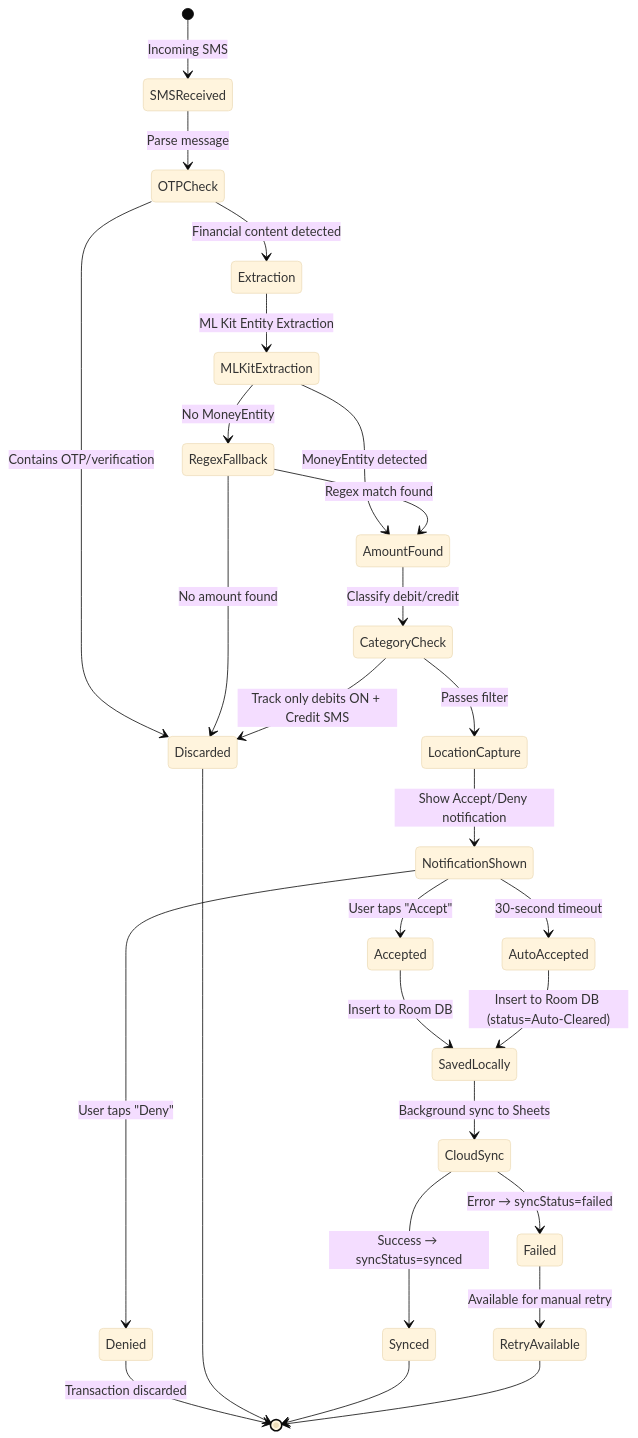
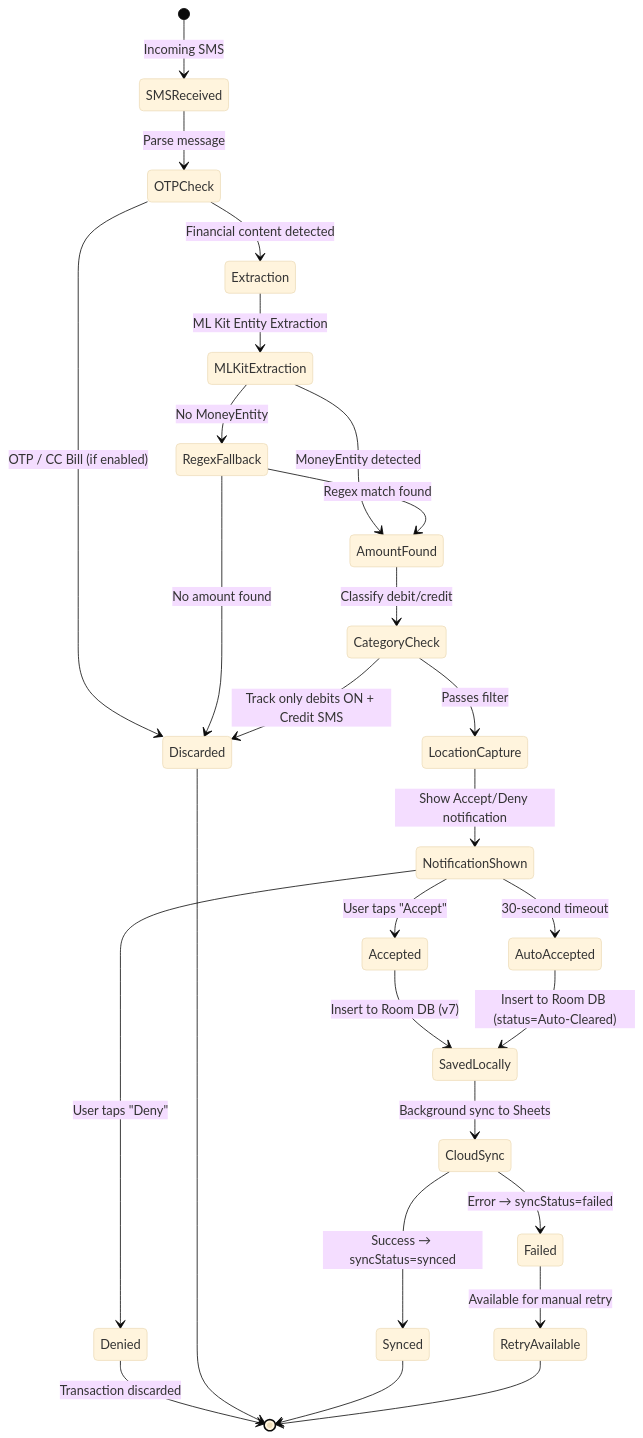
One commit to RahulGorai0206/expence-tracker changed the third of 4 diagrams in README.md. Above: the diagram before and after it, drawn with Mermaid (base theme). The commit also changed other lines of this file, not shown here.

````diff
--- a/README.md
+++ b/README.md
@@ -200,37 +200,37 @@
 ```mermaid
 stateDiagram-v2
     [*] --> SMSReceived: Incoming SMS
     SMSReceived --> OTPCheck: Parse message
 
-    OTPCheck --> Discarded: Contains OTP/verification
+    OTPCheck --> Discarded: OTP / CC Bill (if enabled)
     OTPCheck --> Extraction: Financial content detected
 
     Extraction --> MLKitExtraction: ML Kit Entity Extraction
     MLKitExtraction --> AmountFound: MoneyEntity detected
     MLKitExtraction --> RegexFallback: No MoneyEntity
     RegexFallback --> AmountFound: Regex match found
     RegexFallback --> Discarded: No amount found
 
     AmountFound --> CategoryCheck: Classify debit/credit
     CategoryCheck --> Discarded: Track only debits ON + Credit SMS
     CategoryCheck --> LocationCapture: Passes filter
 
     LocationCapture --> NotificationShown: Show Accept/Deny notification
 
     NotificationShown --> Accepted: User taps "Accept"
     NotificationShown --> Denied: User taps "Deny"
     NotificationShown --> AutoAccepted: 30-second timeout
 
-    Accepted --> SavedLocally: Insert to Room DB
+    Accepted --> SavedLocally: Insert to Room DB (v7)
     AutoAccepted --> SavedLocally: Insert to Room DB (status=Auto-Cleared)
 
     SavedLocally --> CloudSync: Background sync to Sheets
     CloudSync --> Synced: Success → syncStatus=synced
     CloudSync --> Failed: Error → syncStatus=failed
     Failed --> RetryAvailable: Available for manual retry
 
     Denied --> [*]: Transaction discarded
     Discarded --> [*]
     Synced --> [*]
     RetryAvailable --> [*]
 ```
````
